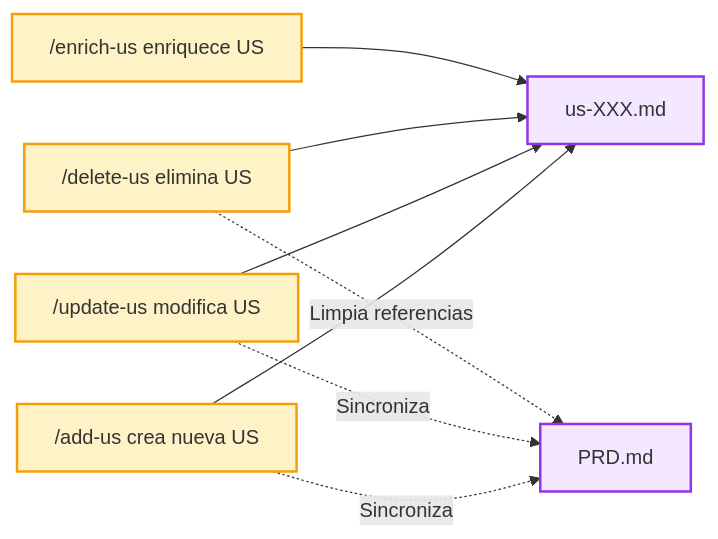
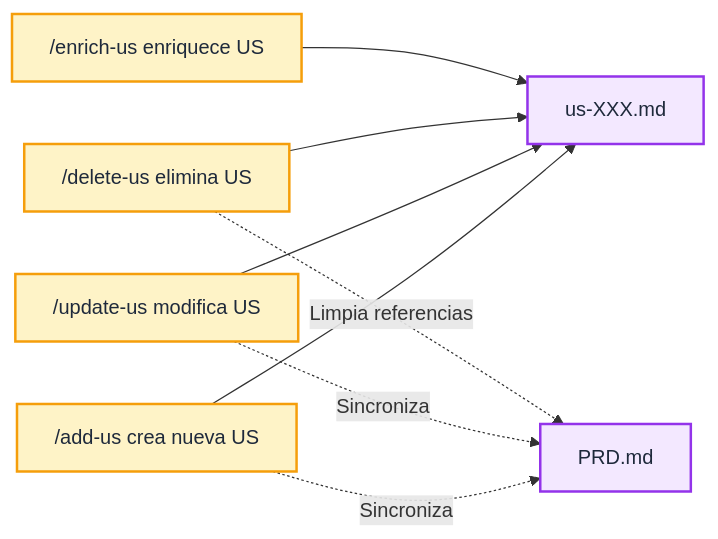
One commit to syntaxiscorp/syntaxis-ai-specs changed the seventh of 12 diagrams in Information/spec-driven-workflow.md. Above: the diagram before and after it, drawn with Mermaid. The commit also changed other lines of this file, not shown here.

````diff
--- a/Information/spec-driven-workflow.md
+++ b/Information/spec-driven-workflow.md
@@ -278,22 +278,22 @@
 ```mermaid
 flowchart LR
-    classDef action fill:#fef3c7,stroke:#f59e0b,stroke-width:2px
-    classDef artifact fill:#f3e8ff,stroke:#9333ea,stroke-width:2px
-    classDef sync fill:#dbeafe,stroke:#2563eb,stroke-width:2px
+    classDef action fill:#fef3c7,stroke:#f59e0b,stroke-width:2px,color:#1e293b
+    classDef artifact fill:#f3e8ff,stroke:#9333ea,stroke-width:2px,color:#1e293b
+    classDef sync fill:#dbeafe,stroke:#2563eb,stroke-width:2px,color:#1e293b
 
     ADD["/add-us crea nueva US"]:::action
     UPDATE["/update-us modifica US"]:::action
     DELETE["/delete-us elimina US"]:::action
     ENRICH["/enrich-us enriquece US"]:::action
 
     US["us-XXX.md"]:::artifact
     PRD["PRD.md"]:::artifact
 
     ADD --> US
     UPDATE --> US
     DELETE --> US
     ENRICH --> US
     ADD -.->|Sincroniza| PRD
     UPDATE -.->|Sincroniza| PRD
     DELETE -.->|Limpia referencias| PRD
 ```
````
